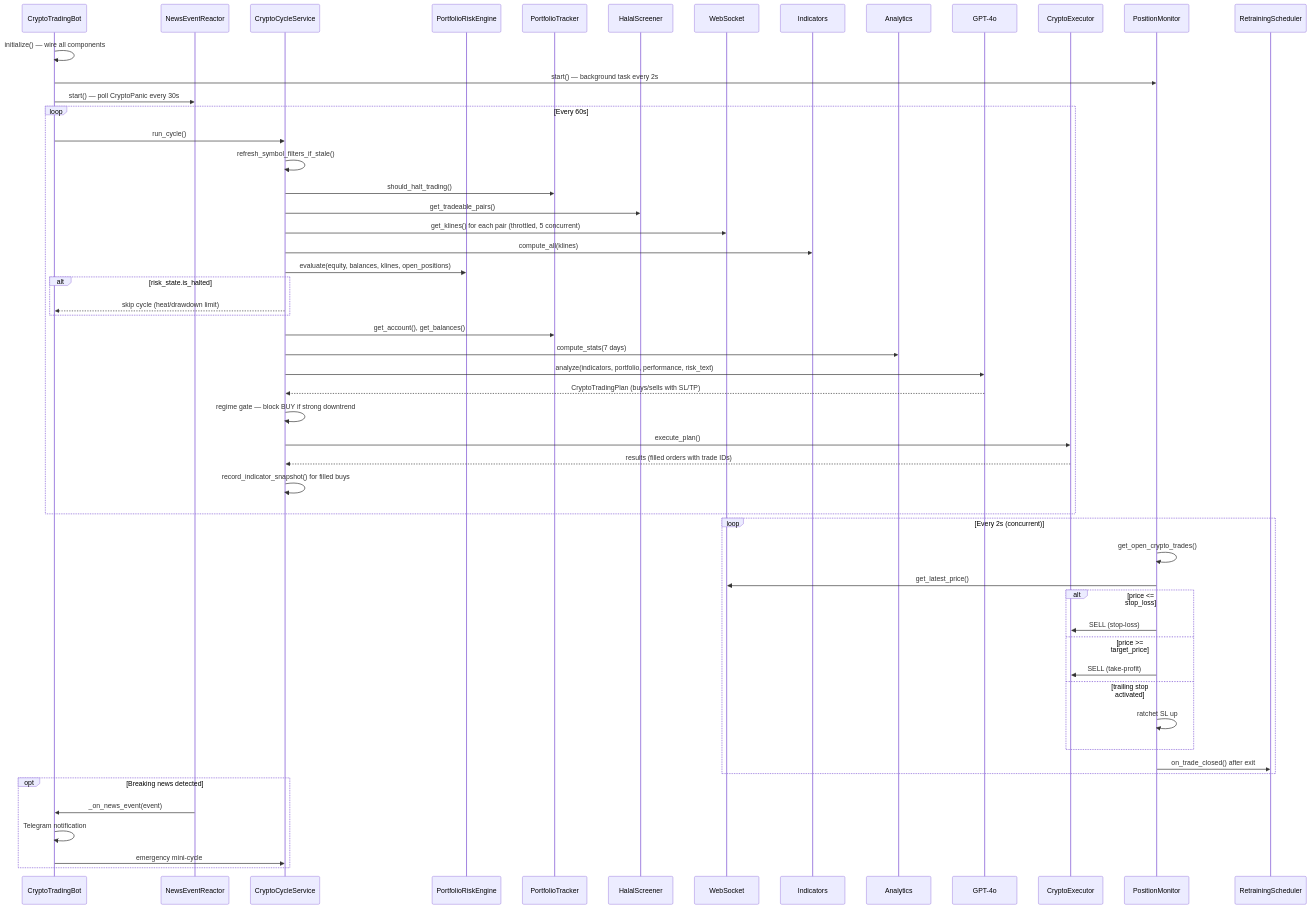
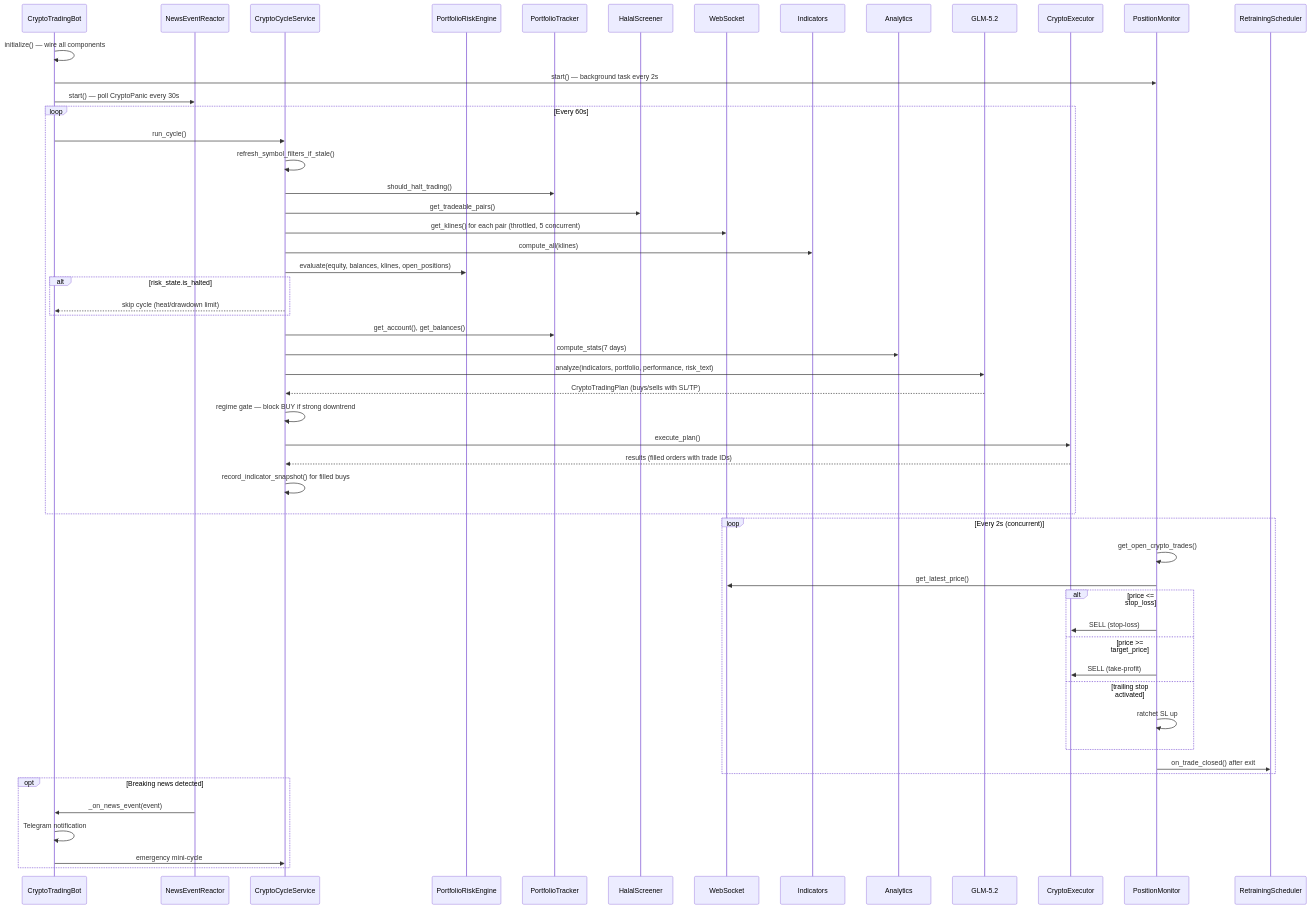
One commit to lanterno/tradeHalalLLM changed the second of 5 diagrams in docs/ARCHITECTURE.md. Above: the diagram before and after it, drawn with Mermaid. The commit also changed other lines of this file and 56 other files, not shown here.

````diff
--- a/docs/ARCHITECTURE.md
+++ b/docs/ARCHITECTURE.md
@@ -207,60 +207,60 @@
 ```mermaid
 sequenceDiagram
     participant Sched as CryptoTradingBot
     participant News as NewsEventReactor
     participant Cycle as CryptoCycleService
     participant Risk as PortfolioRiskEngine
     participant Port as PortfolioTracker
     participant Screen as HalalScreener
     participant WS as WebSocket
     participant Ind as Indicators
     participant Anal as Analytics
-    participant LLM as GPT-4o
+    participant LLM as GLM-5.2
     participant Exec as CryptoExecutor
     participant Mon as PositionMonitor
     participant Retrain as RetrainingScheduler
 
     Sched->>Sched: initialize() — wire all components
     Sched->>Mon: start() — background task every 2s
     Sched->>News: start() — poll CryptoPanic every 30s
 
     loop Every 60s
         Sched->>Cycle: run_cycle()
         Cycle->>Cycle: refresh_symbol_filters_if_stale()
         Cycle->>Port: should_halt_trading()
         Cycle->>Screen: get_tradeable_pairs()
         Cycle->>WS: get_klines() for each pair (throttled, 5 concurrent)
         Cycle->>Ind: compute_all(klines)
         Cycle->>Risk: evaluate(equity, balances, klines, open_positions)
         alt risk_state.is_halted
             Cycle-->>Sched: skip cycle (heat/drawdown limit)
         end
         Cycle->>Port: get_account(), get_balances()
         Cycle->>Anal: compute_stats(7 days)
         Cycle->>LLM: analyze(indicators, portfolio, performance, risk_text)
         LLM-->>Cycle: CryptoTradingPlan (buys/sells with SL/TP)
         Cycle->>Cycle: regime gate — block BUY if strong downtrend
         Cycle->>Exec: execute_plan()
         Exec-->>Cycle: results (filled orders with trade IDs)
         Cycle->>Cycle: record_indicator_snapshot() for filled buys
     end
 
     loop Every 2s (concurrent)
         Mon->>Mon: get_open_crypto_trades()
         Mon->>WS: get_latest_price()
         alt price <= stop_loss
             Mon->>Exec: SELL (stop-loss)
         else price >= target_price
             Mon->>Exec: SELL (take-profit)
         else trailing stop activated
             Mon->>Mon: ratchet SL up
         end
         Mon->>Retrain: on_trade_closed() after exit
     end
 
     opt Breaking news detected
         News->>Sched: _on_news_event(event)
         Sched->>Sched: Telegram notification
         Sched->>Cycle: emergency mini-cycle
     end
 ```
````
